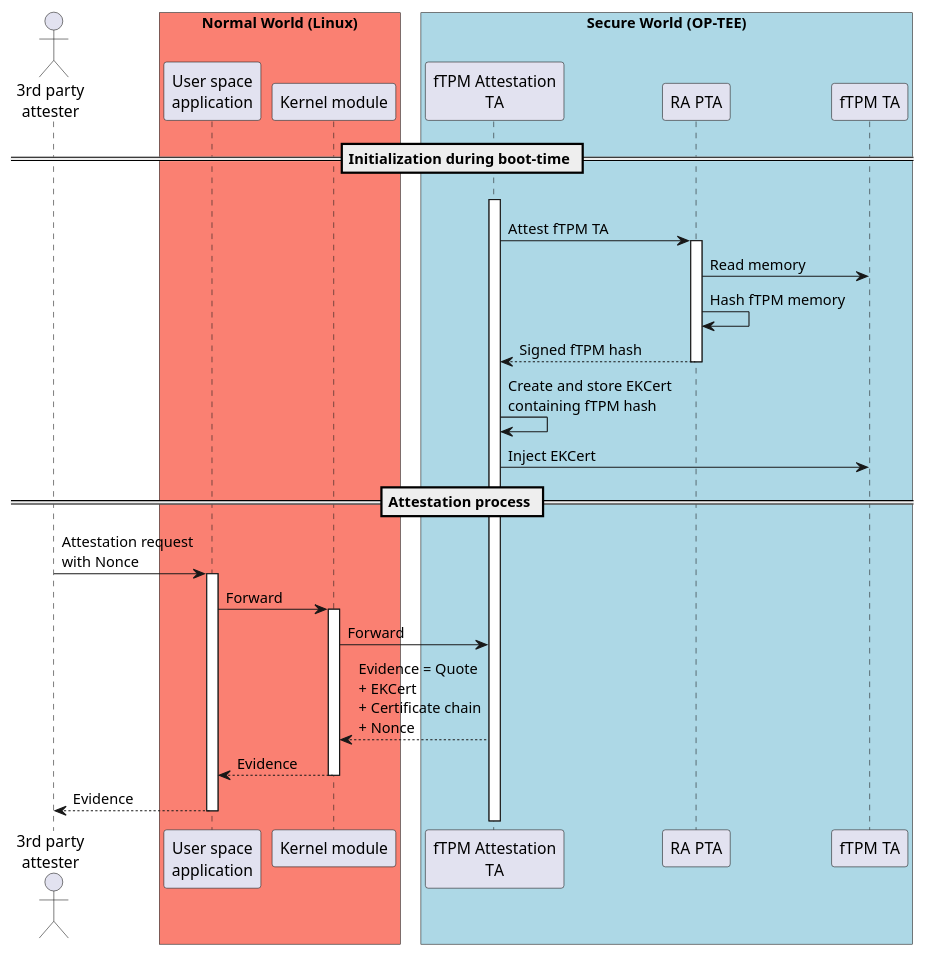
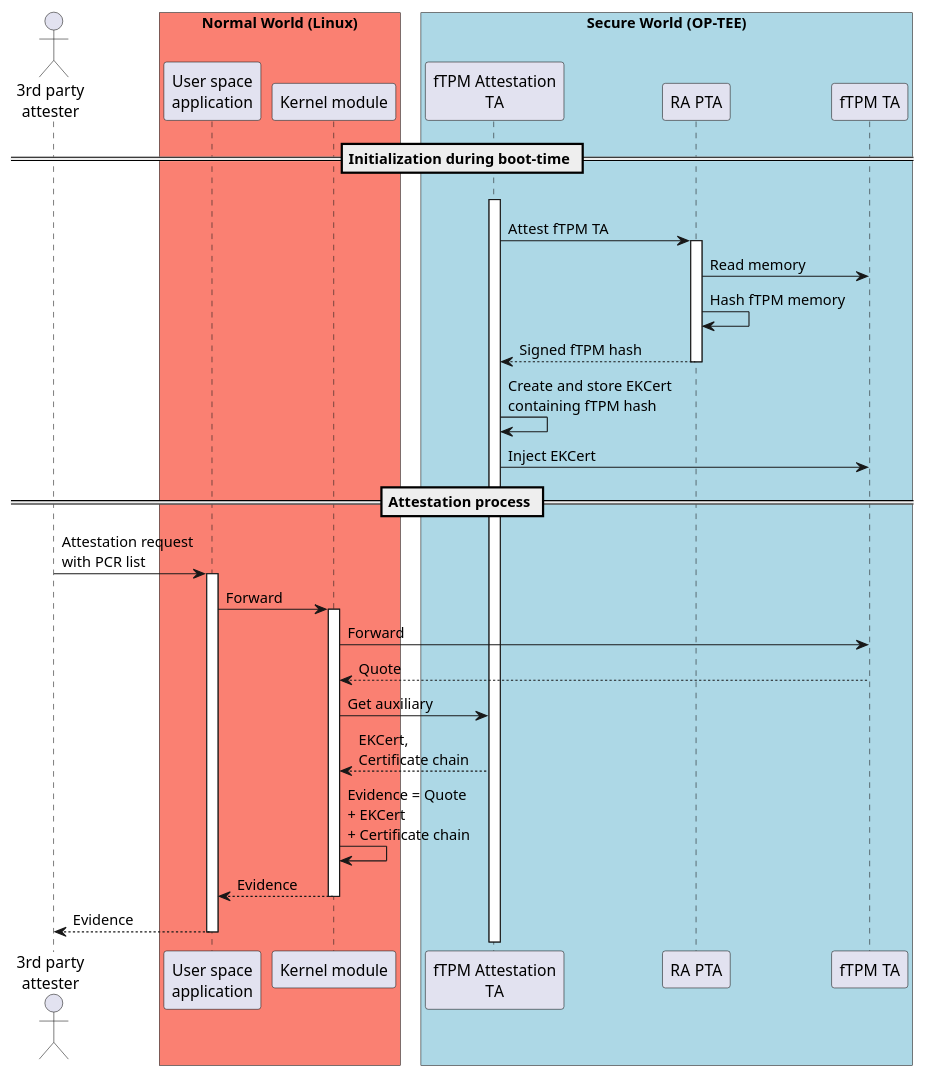
The diagram in figures/sequence_diagram.puml (akorb/master-thesis), drawn with PlantUML before and after one commit.

Commit message:
Update sequence diagram after feedback of advisor

```diff
--- a/figures/sequence_diagram.puml
+++ b/figures/sequence_diagram.puml
@@ -1,49 +1,49 @@
 @startuml sequence diagram
 
 
 
 actor "3rd party\nattester"
 
 == Initialization during boot-time ==
 
 'activate "fTPM Attestation\nTA"
 '?-> "fTPM Attestation\nTA": Triggered\nby OP-TEE
 "fTPM Attestation\nTA" -[hidden]-> "fTPM Attestation\nTA" ++
 
 "fTPM Attestation\nTA" -> "RA PTA" ++: Attest fTPM TA
 
 "RA PTA" -> "fTPM TA": Read memory
 "RA PTA" -> "RA PTA": Hash fTPM memory
 
 "fTPM Attestation\nTA" <-- "RA PTA" --: Signed fTPM hash
 
 "fTPM Attestation\nTA" -> "fTPM Attestation\nTA": Create and store EKCert\ncontaining fTPM hash
 "fTPM Attestation\nTA" -> "fTPM TA": Inject EKCert
 
 
-
-
 == Attestation process ==
 
-"3rd party\nattester" -> "User space\napplication" ++: Attestation request\nwith Nonce
+"3rd party\nattester" -> "User space\napplication" ++: Attestation request\nwith PCR list
 "User space\napplication" -> "Kernel module" ++: Forward
 
-
-"Kernel module" -> "fTPM Attestation\nTA": Forward
-"Kernel module" <-- "fTPM Attestation\nTA": Evidence = Quote\n+ EKCert\n+ Certificate chain\n+ Nonce
+"Kernel module" -> "fTPM TA": Forward
+"Kernel module" <-- "fTPM TA": Quote
+"Kernel module" -> "fTPM Attestation\nTA": Get auxiliary
+"Kernel module" <-- "fTPM Attestation\nTA": EKCert,\nCertificate chain
+"Kernel module" -> "Kernel module": Evidence = Quote\n+ EKCert\n+ Certificate chain
 "User space\napplication" <-- "Kernel module" --: Evidence
 "3rd party\nattester" <-- "User space\napplication" --: Evidence
 
 
 box "Normal World (Linux)" #Salmon
 participant "User space\napplication"
 participant "Kernel module"
 end box
 
 box "Secure World (OP-TEE)" #LightBlue
 participant "fTPM Attestation\nTA"
 participant "RA PTA"
 participant "fTPM TA"
 end box
 
 @enduml
```
